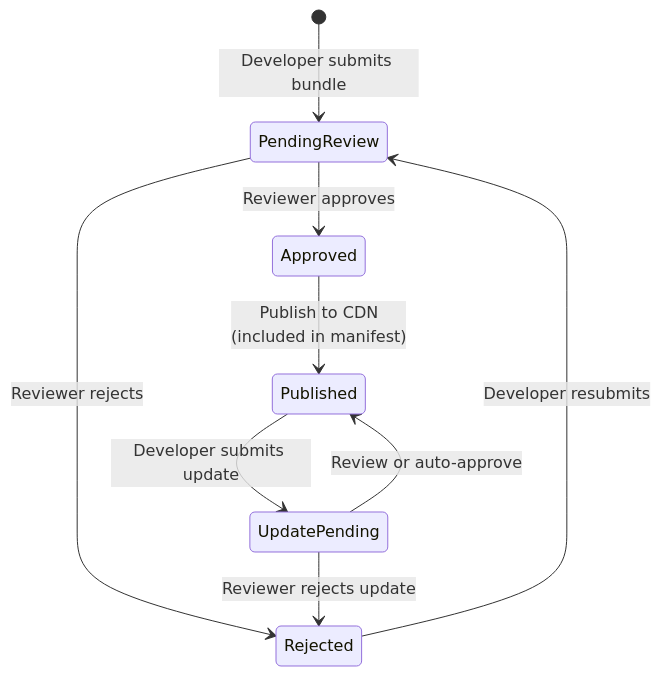
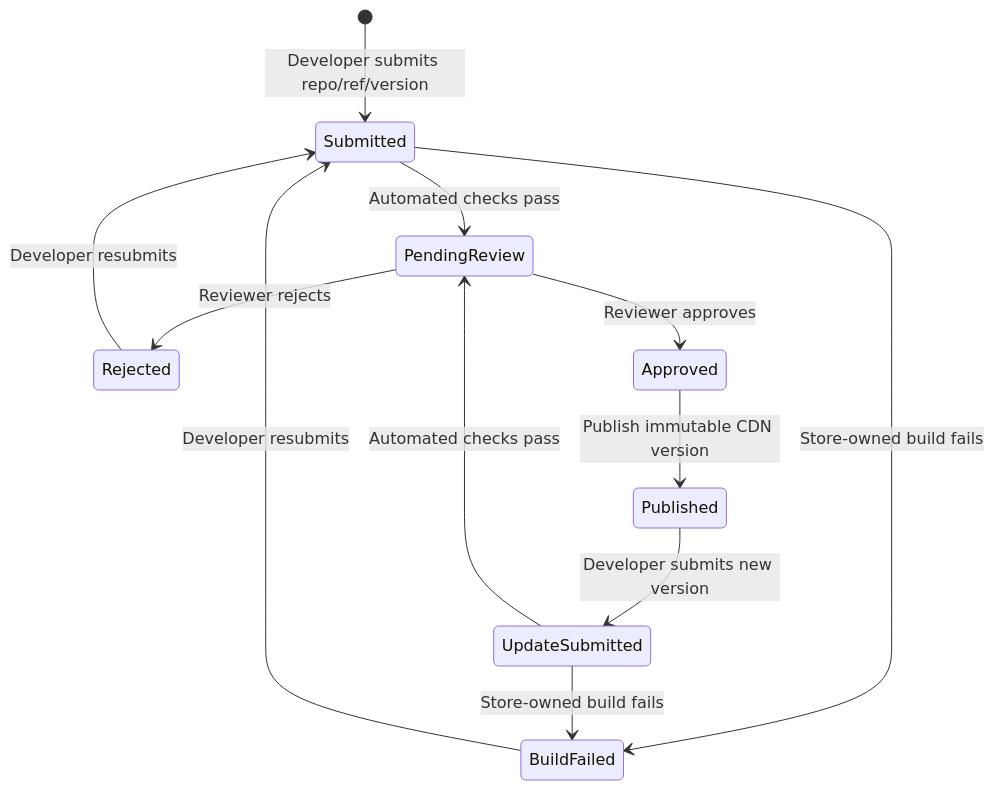
One commit to cytoscape/cytoscape-web changed the third of 3 diagrams in docs/design/module-federation/specifications/app-store-design.md. Above: the diagram before and after it, drawn with Mermaid. The commit also changed other lines of this file, not shown here.

Commit message:
docs: update app store web submission design

````diff
--- a/docs/design/module-federation/specifications/app-store-design.md
+++ b/docs/design/module-federation/specifications/app-store-design.md
@@ -270,11 +453,14 @@
 ```mermaid
 stateDiagram-v2
-    [*] --> PendingReview: Developer submits bundle
+    [*] --> Submitted: Developer submits repo/ref/version
+    Submitted --> BuildFailed: Store-owned build fails
+    Submitted --> PendingReview: Automated checks pass
+    BuildFailed --> Submitted: Developer resubmits
     PendingReview --> Rejected: Reviewer rejects
-    Rejected --> PendingReview: Developer resubmits
+    Rejected --> Submitted: Developer resubmits
     PendingReview --> Approved: Reviewer approves
-    Approved --> Published: Publish to CDN<br/>(included in manifest)
-    Published --> UpdatePending: Developer submits update
-    UpdatePending --> Published: Review or auto-approve
-    UpdatePending --> Rejected: Reviewer rejects update
+    Approved --> Published: Publish immutable CDN version
+    Published --> UpdateSubmitted: Developer submits new version
+    UpdateSubmitted --> BuildFailed: Store-owned build fails
+    UpdateSubmitted --> PendingReview: Automated checks pass
 ```
````
